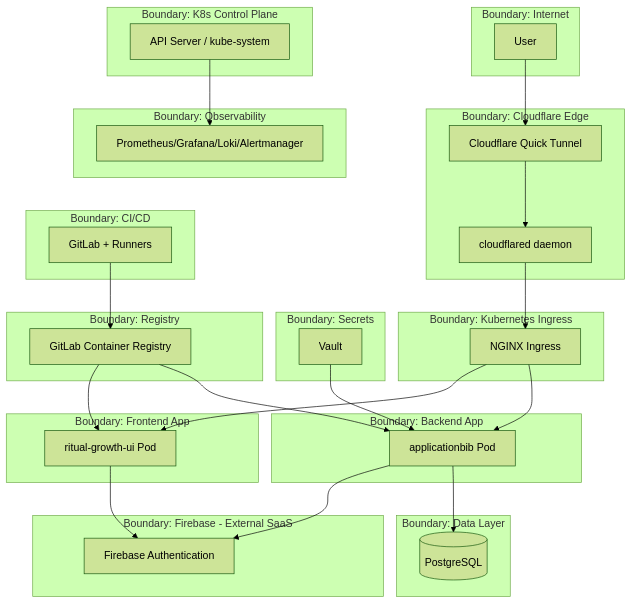
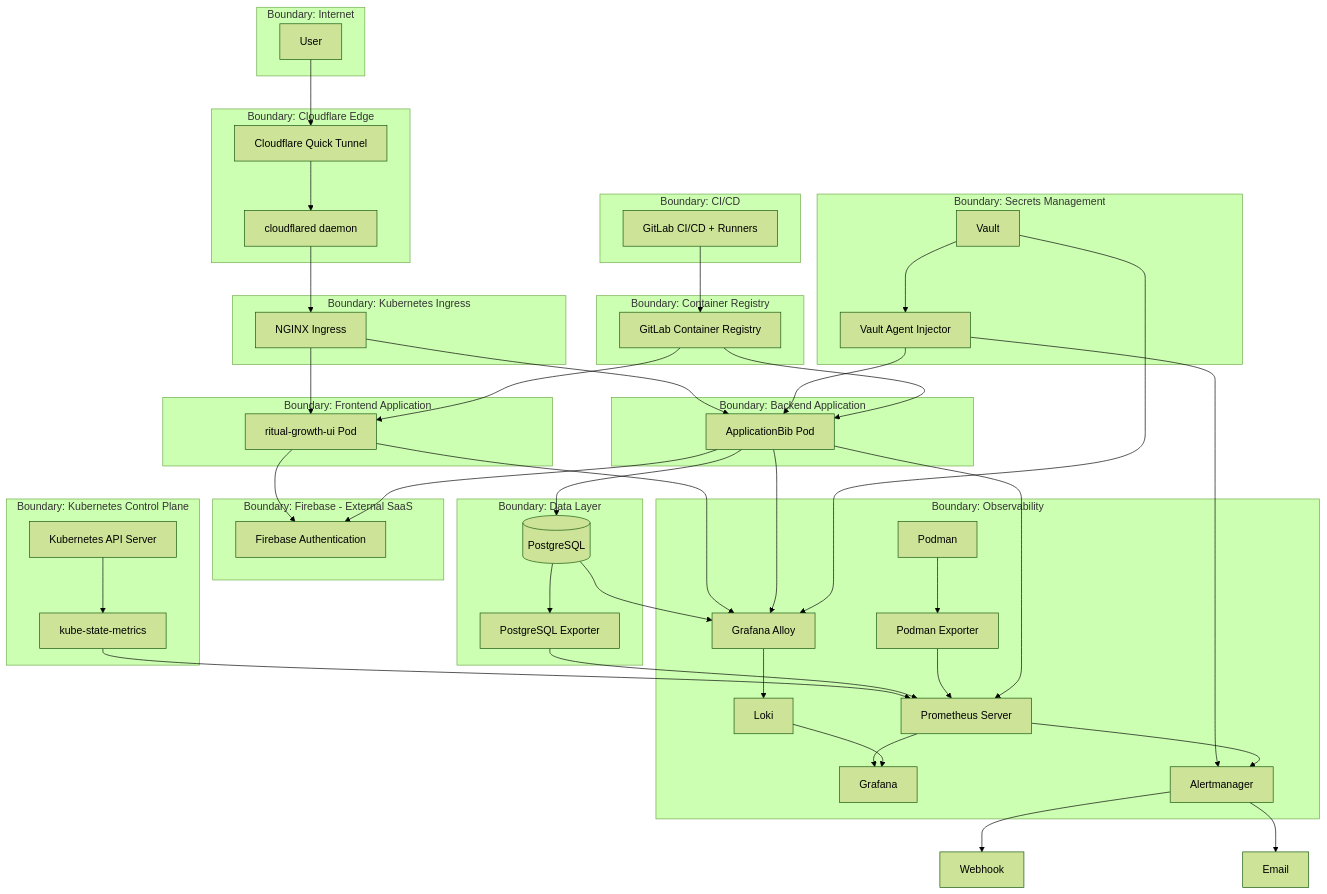
One commit to chaos-MK/ApplicationBib changed the ninth of 9 diagrams in docs/threat-model/threat-model.md. Above: the diagram before and after it, drawn with Mermaid (forest theme). The commit also changed other lines of this file, not shown here.

Commit message:
docs: update Vault credential flows and observability summary [skip ci]

````diff
--- a/docs/threat-model/threat-model.md
+++ b/docs/threat-model/threat-model.md
@@ -689,50 +703,118 @@
 ```mermaid
 flowchart TD
+
     subgraph B1[Boundary: Internet]
-      USR[User]
-    end
-    subgraph B2[Boundary: Cloudflare Edge]
-      CFT[Cloudflare Quick Tunnel]
-      CFTD[cloudflared daemon]
-    end
-    subgraph B3[Boundary: Kubernetes Ingress]
-      NG[NGINX Ingress]
-    end
-    subgraph B4[Boundary: Frontend App]
-      FEA[ritual-growth-ui Pod]
-    end
-    subgraph B5[Boundary: Backend App]
-      BEA[applicationbib Pod]
-    end
-    subgraph B6[Boundary: Firebase - External SaaS]
-      FBS[Firebase Authentication]
-    end
-    subgraph B7[Boundary: Data Layer]
-      PGB[(PostgreSQL)]
-    end
-    subgraph B8[Boundary: Secrets]
-      VLT[Vault]
-    end
-    subgraph B9[Boundary: K8s Control Plane]
-      CP[API Server / kube-system]
-    end
-    subgraph B10[Boundary: Observability]
-      OBS[Prometheus/Grafana/Loki/Alertmanager]
-    end
-    subgraph B11[Boundary: CI/CD]
-      CICD[GitLab + Runners]
-    end
-    subgraph B12[Boundary: Registry]
-      REG4[GitLab Container Registry]
+        USR[User]
     end
 
-    USR --> CFT --> CFTD --> NG --> FEA
+    subgraph B2[Boundary: Cloudflare Edge]
+        CFT[Cloudflare Quick Tunnel]
+        CFTD[cloudflared daemon]
+    end
+
+    subgraph B3[Boundary: Kubernetes Ingress]
+        NG[NGINX Ingress]
+    end
+
+    subgraph B4[Boundary: Frontend Application]
+        FEA[ritual-growth-ui Pod]
+    end
+
+    subgraph B5[Boundary: Backend Application]
+        BEA[ApplicationBib Pod]
+    end
+
+    subgraph B6[Boundary: Firebase - External SaaS]
+        FBS[Firebase Authentication]
+    end
+
+    subgraph B7[Boundary: Data Layer]
+        PGB[(PostgreSQL)]
+        PGE[PostgreSQL Exporter]
+    end
+
+    subgraph B8[Boundary: Secrets Management]
+        VLT[Vault]
+        VAI[Vault Agent Injector]
+    end
+
+    subgraph B9[Boundary: Kubernetes Control Plane]
+        CP[Kubernetes API Server]
+        KSM[kube-state-metrics]
+    end
+
+    subgraph B10[Boundary: Observability]
+        PS[Prometheus Server]
+        PEX[Podman Exporter]
+        POD[Podman]
+        ALLOY[Grafana Alloy]
+        LOKI[Loki]
+        GF[Grafana]
+        AM[Alertmanager]
+    end
+
+    subgraph B11[Boundary: CI/CD]
+        CICD[GitLab CI/CD + Runners]
+    end
+
+    subgraph B12[Boundary: Container Registry]
+        REG4[GitLab Container Registry]
+    end
+
+    %% External access
+    USR --> CFT
+    CFT --> CFTD
+    CFTD --> NG
+
+    %% Ingress
+    NG --> FEA
     NG --> BEA
+
+    %% Authentication
     FEA --> FBS
     BEA --> FBS
+
+    %% Application data
     BEA --> PGB
-    VLT --> BEA
-    CP --> OBS
-    CICD --> REG4 --> FEA
+
+    %% Secrets injection
+    VLT --> VAI
+    VAI --> BEA
+    VAI --> AM
+
+    %% Kubernetes state metrics
+    CP --> KSM
+    KSM --> PS
+
+    %% PostgreSQL metrics
+    PGB --> PGE
+    PGE --> PS
+
+    %% Podman metrics
+    POD --> PEX
+    PEX --> PS
+
+    %% Backend application metrics
+    BEA --> PS
+
+    %% Cluster-wide logs
+    FEA --> ALLOY
+    BEA --> ALLOY
+    PGB --> ALLOY
+    VLT --> ALLOY
+    ALLOY --> LOKI
+
+    %% Observability
+    PS --> GF
+    LOKI --> GF
+    PS --> AM
+
+    %% Alert notifications
+    AM --> WEBHOOK[Webhook]
+    AM --> EMAIL[Email]
+
+    %% CI/CD artifact flow
+    CICD --> REG4
+    REG4 --> FEA
     REG4 --> BEA
 ```
````
